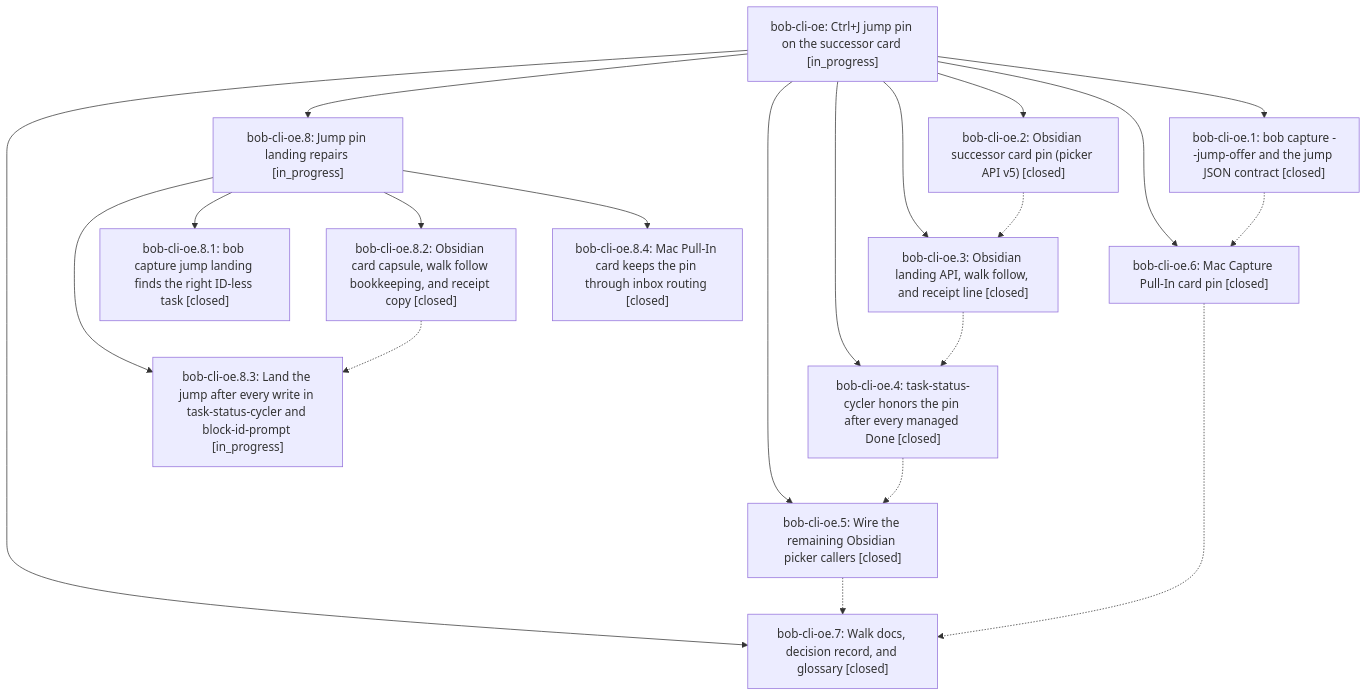
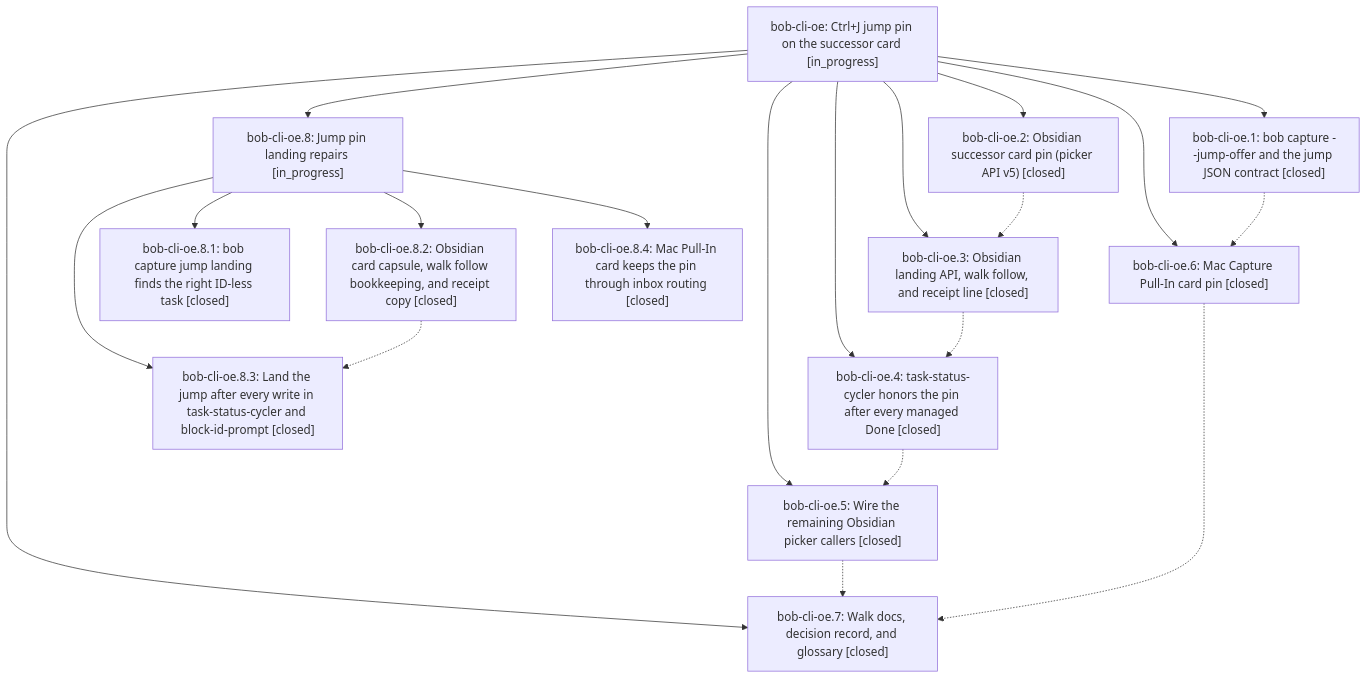
Before and after one commit to bobs-org/bob-cli--beads: the diagram in pages/bob-cli-oe/README.md, drawn with Mermaid. The commit also changed other lines of this file and 3 other files, not shown here.

First line of the commit message:
chore(beads): sync bead state and pages for bob-cli-oe

````diff
--- a/pages/bob-cli-oe/README.md
+++ b/pages/bob-cli-oe/README.md
@@ -50,35 +50,35 @@
 ```mermaid
 flowchart TD
     n0["bob-cli-oe: Ctrl+J jump pin on the successor card [in_progress]"]
     n1["bob-cli-oe.1: bob capture --jump-offer and the jump JSON contract [closed]"]
     n2["bob-cli-oe.2: Obsidian successor card pin (picker API v5) [closed]"]
     n3["bob-cli-oe.3: Obsidian landing API, walk follow, and receipt line [closed]"]
     n4["bob-cli-oe.4: task-status-cycler honors the pin after every managed Done [closed]"]
     n5["bob-cli-oe.5: Wire the remaining Obsidian picker callers [closed]"]
     n6["bob-cli-oe.6: Mac Capture Pull-In card pin [closed]"]
     n7["bob-cli-oe.7: Walk docs, decision record, and glossary [closed]"]
     n8["bob-cli-oe.8: Jump pin landing repairs [in_progress]"]
     n9["bob-cli-oe.8.1: bob capture jump landing finds the right ID-less task [closed]"]
     n10["bob-cli-oe.8.2: Obsidian card capsule, walk follow bookkeeping, and receipt copy [closed]"]
-    n11["bob-cli-oe.8.3: Land the jump after every write in task-status-cycler and block-id-prompt [in_progress]"]
+    n11["bob-cli-oe.8.3: Land the jump after every write in task-status-cycler and block-id-prompt [closed]"]
     n12["bob-cli-oe.8.4: Mac Pull-In card keeps the pin through inbox routing [closed]"]
     n0 --> n1
     n0 --> n2
     n0 --> n3
     n0 --> n4
     n0 --> n5
     n0 --> n6
     n0 --> n7
     n0 --> n8
     n8 --> n9
     n8 --> n10
     n8 --> n11
     n8 --> n12
     n1 -.-> n6
     n2 -.-> n3
     n3 -.-> n4
     n4 -.-> n5
     n5 -.-> n7
     n6 -.-> n7
     n10 -.-> n11
 ```
````
